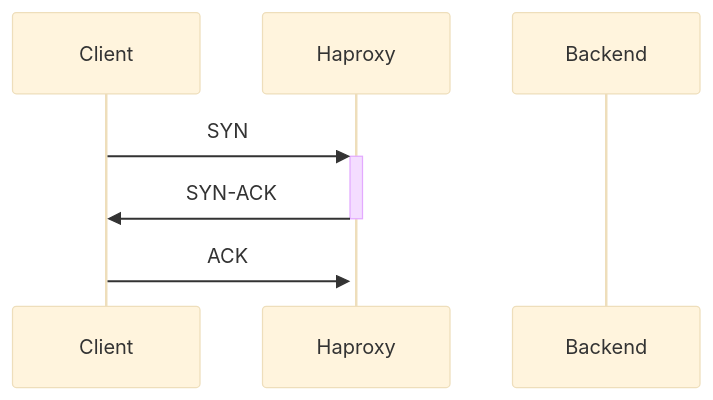
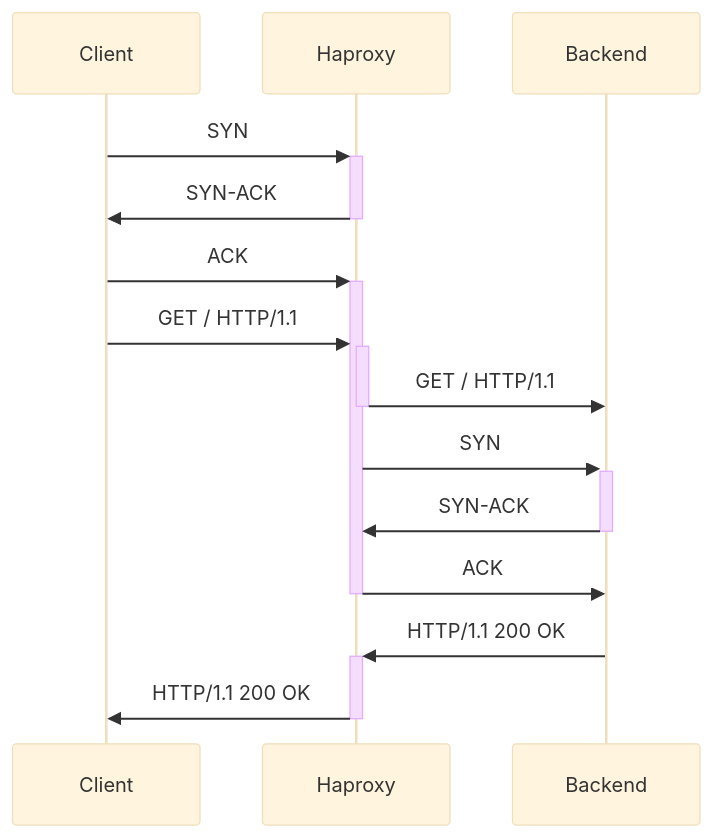
Before and after one commit to Scotchman0/haproxy-flow-machine: the fourth of 4 diagrams in README.md, drawn with Mermaid (base theme).

````diff
--- a/README.md
+++ b/README.md
@@ -76,10 +76,18 @@
 ```mermaid
 sequenceDiagram
     participant Client
     participant Haproxy
     participant Backend
 
     Client->>+Haproxy: SYN
     Haproxy->>-Client: SYN-ACK
     Client->>+Haproxy: ACK
+
+    Client->>+Haproxy: GET / HTTP/1.1
+    Haproxy->>-Backend: GET / HTTP/1.1
+    Haproxy->>+Backend: SYN
+    Backend->>-Haproxy: SYN-ACK
+    Haproxy->>-Backend: ACK
+    Backend->>+Haproxy: HTTP/1.1 200 OK
+    Haproxy->>-Client: HTTP/1.1 200 OK
 ```
````
